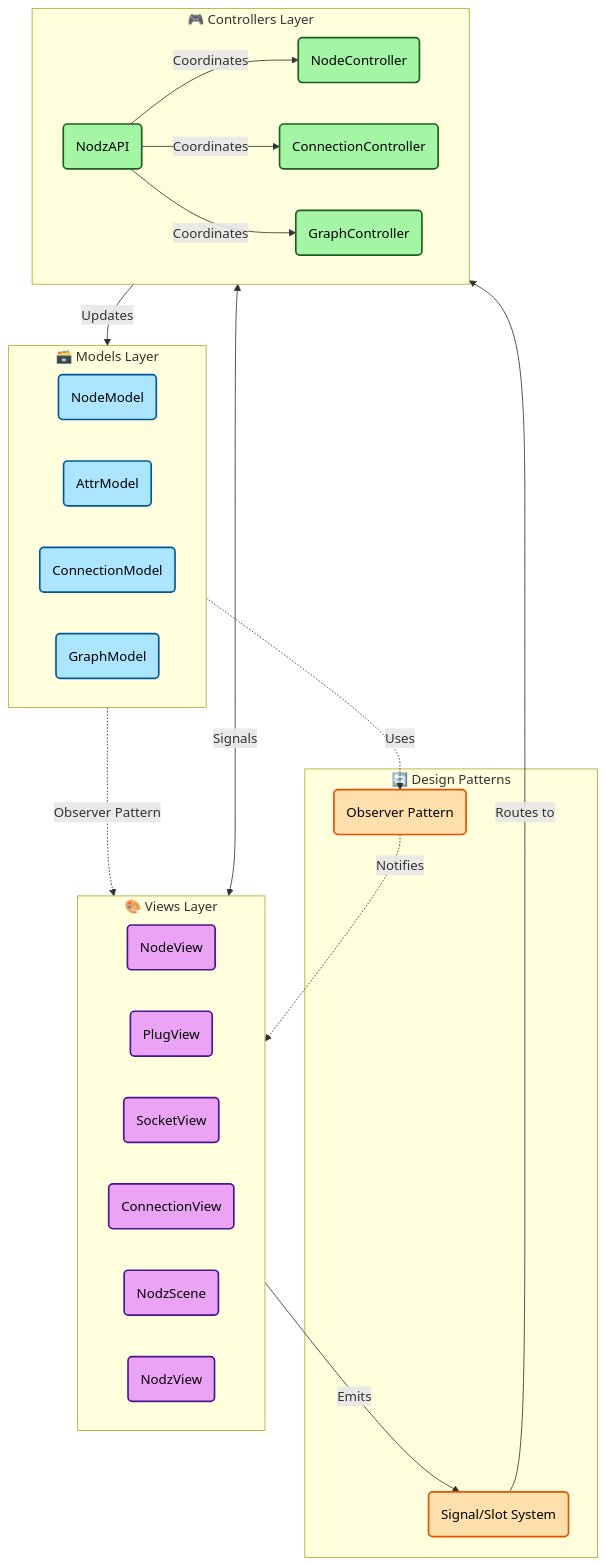
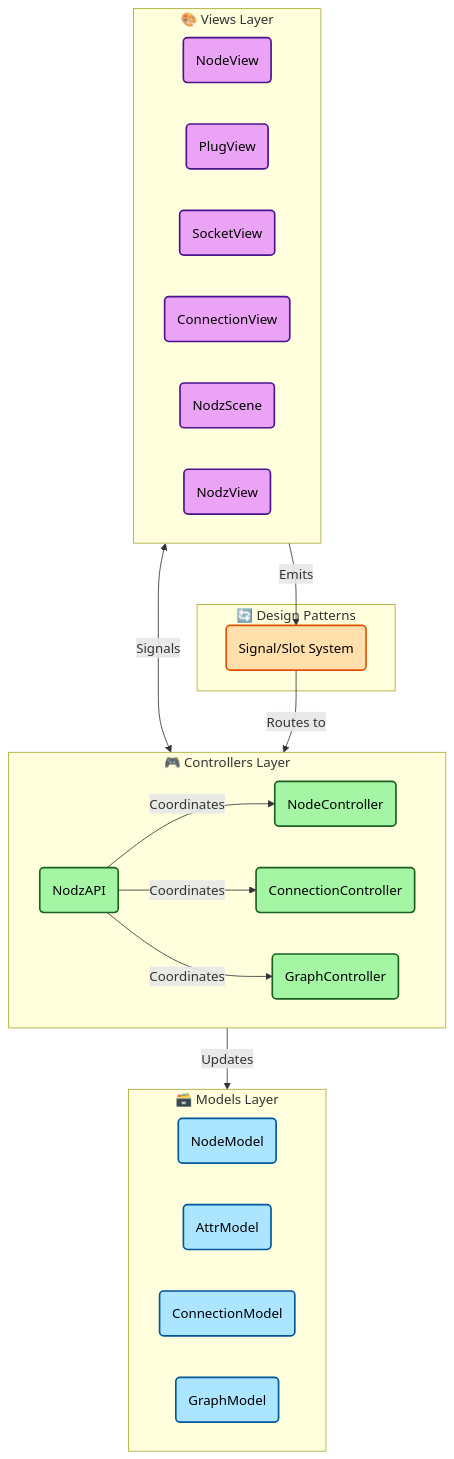
One commit to ynput/Nodz changed the diagram in README.md. Above: the diagram before and after it, drawn with Mermaid. The commit also changed other lines of this file and 1 other file, not shown here.

Commit message:
docs(api): update the docs to reflect the removal of observers. (#13)

````diff
--- a/README.md
+++ b/README.md
@@ -25,59 +25,53 @@
 ```mermaid
 graph TD
     subgraph Models ["🗃️ Models Layer"]
         NM(NodeModel)
         AM(AttrModel)
         CM(ConnectionModel)
         GM(GraphModel)
     end
 
     subgraph Views ["🎨 Views Layer"]
         NV(NodeView)
         PV(PlugView)
         SV(SocketView)
         CV(ConnectionView)
         NSV(NodzScene)
         NZV(NodzView)
     end
 
     subgraph Controllers ["🎮 Controllers Layer"]
         NC(NodeController)
         CC(ConnectionController)
         GC(GraphController)
         API(NodzAPI)
     end
 
     subgraph Patterns ["🔄 Design Patterns"]
-        OP(Observer Pattern)
         SIG(Signal/Slot System)
     end
 
     %% MVC Relationships
-    Models -.->|Observer Pattern| Views
     Views <-->|Signals| Controllers
     Controllers -->|Updates| Models
 
     %% API Facade
     API -->|Coordinates| NC
     API -->|Coordinates| CC
     API -->|Coordinates| GC
-
-    %% Observer Pattern
-    OP -.->|Notifies| Views
-    Models -.->|Uses| OP
 
     %% Signal System
     Views -->|Emits| SIG
     SIG -->|Routes to| Controllers
 
     %% Styling
     classDef modelClass color:#000000,fill:#abe5ff,stroke:#01579b,stroke-width:2px
     classDef viewClass color:#000000,fill:#EBA4F5,stroke:#4a148c,stroke-width:2px
     classDef controllerClass color:#000000,fill:#A4F5A4,stroke:#1b5e20,stroke-width:2px
     classDef patternClass color:#000000,fill:#FFDFAB,stroke:#e65100,stroke-width:2px
 
     class NM,AM,CM,GM modelClass
     class NV,PV,SV,CV,NSV,NZV viewClass
     class NC,CC,GC,API controllerClass
-    class OP,SIG patternClass
+    class SIG patternClass
 ```
````
